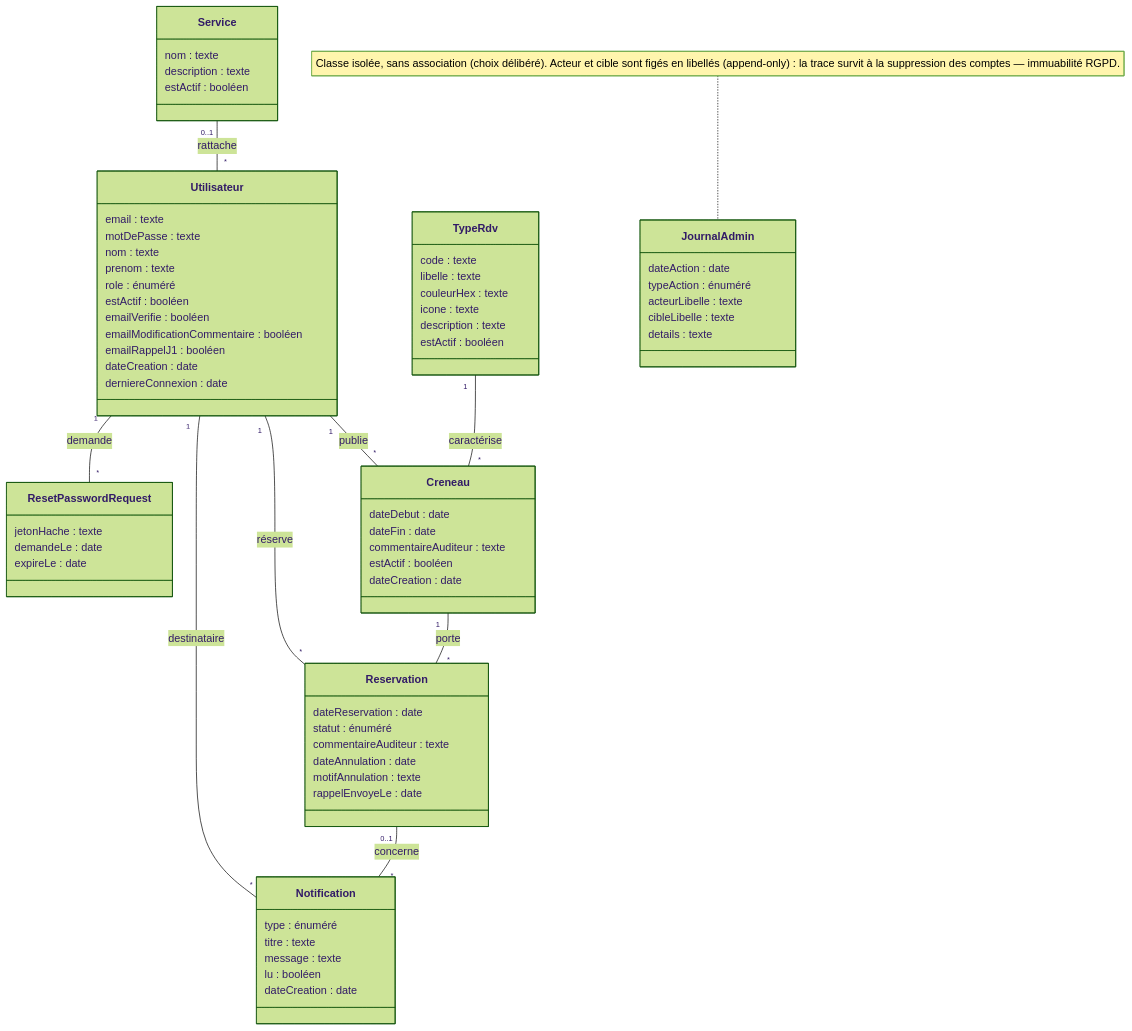
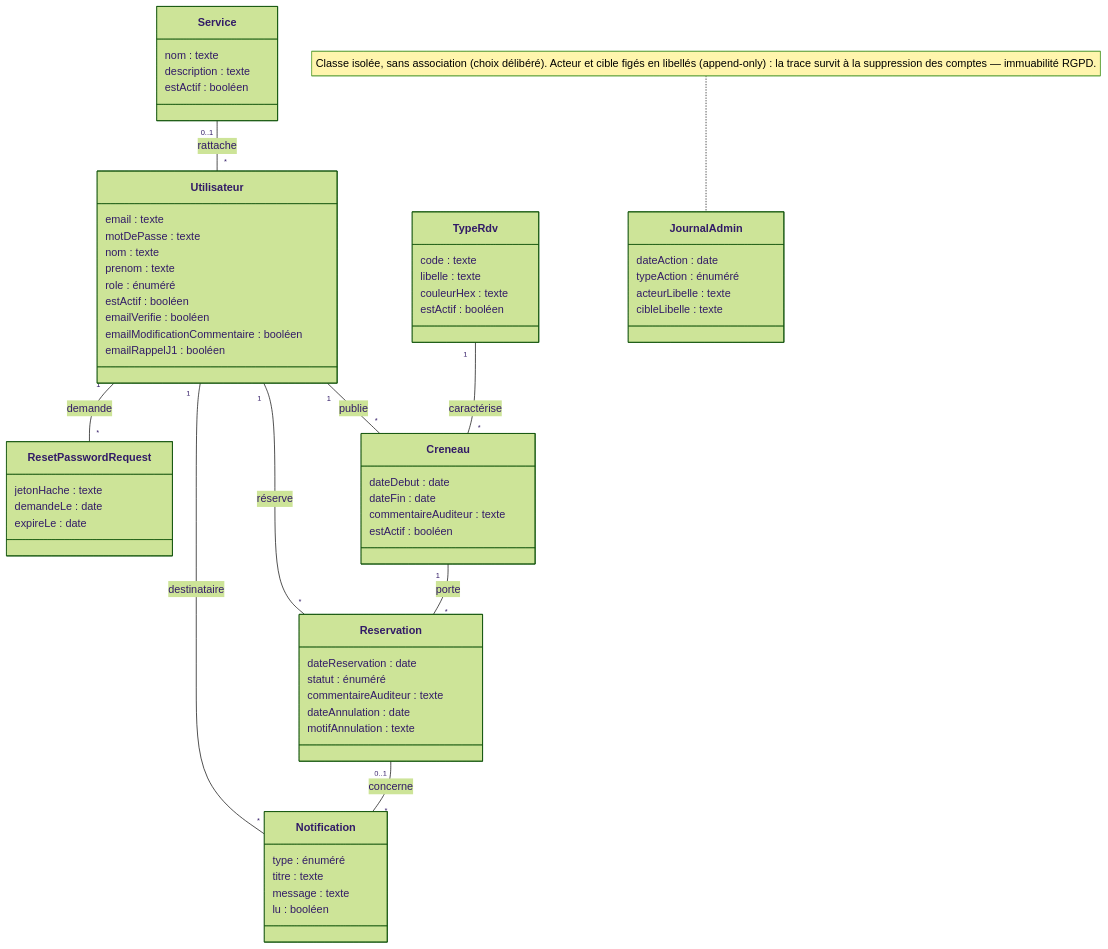
Before and after one commit to sgahovey/creaslot: the diagram in docs/diagrammes/diagramme-classes.mermaid, drawn with Mermaid (forest theme). The commit also changed 3 other files, not shown here.

First line of the commit message:
docs(diagrammes): corrige les cas d'utilisation et epure le diagramme de classes

```diff
--- a/docs/diagrammes/diagramme-classes.mermaid
+++ b/docs/diagrammes/diagramme-classes.mermaid
@@ -1,81 +1,73 @@
 classDiagram
     direction TB
 
     class Utilisateur {
         email : texte
         motDePasse : texte
         nom : texte
         prenom : texte
         role : énuméré
         estActif : booléen
         emailVerifie : booléen
         emailModificationCommentaire : booléen
         emailRappelJ1 : booléen
-        dateCreation : date
-        derniereConnexion : date
     }
 
     class Service {
         nom : texte
-        description : texte
-        estActif : booléen
-    }
-
-    class TypeRdv {
-        code : texte
-        libelle : texte
-        couleurHex : texte
-        icone : texte
         description : texte
         estActif : booléen
     }
 
     class Creneau {
         dateDebut : date
         dateFin : date
         commentaireAuditeur : texte
         estActif : booléen
-        dateCreation : date
+    }
+
+    class TypeRdv {
+        code : texte
+        libelle : texte
+        couleurHex : texte
+        estActif : booléen
     }
 
     class Reservation {
         dateReservation : date
         statut : énuméré
         commentaireAuditeur : texte
         dateAnnulation : date
         motifAnnulation : texte
-        rappelEnvoyeLe : date
     }
 
     class Notification {
         type : énuméré
         titre : texte
         message : texte
         lu : booléen
-        dateCreation : date
     }
 
     class ResetPasswordRequest {
         jetonHache : texte
         demandeLe : date
         expireLe : date
     }
 
     class JournalAdmin {
         dateAction : date
         typeAction : énuméré
         acteurLibelle : texte
         cibleLibelle : texte
-        details : texte
     }
 
     Service "0..1" -- "*" Utilisateur : rattache
     Utilisateur "1" -- "*" Creneau : publie
     TypeRdv "1" -- "*" Creneau : caractérise
     Creneau "1" -- "*" Reservation : porte
     Utilisateur "1" -- "*" Reservation : réserve
     Utilisateur "1" -- "*" Notification : destinataire
     Reservation "0..1" -- "*" Notification : concerne
     Utilisateur "1" -- "*" ResetPasswordRequest : demande
 
-    note for JournalAdmin "Classe isolée, sans association (choix délibéré). Acteur et cible sont figés en libellés (append-only) : la trace survit à la suppression des comptes — immuabilité RGPD."
+    note for JournalAdmin "Classe isolée, sans association (choix délibéré). Acteur et cible figés en libellés (append-only) : la trace survit à la suppression des comptes — immuabilité RGPD."
```
